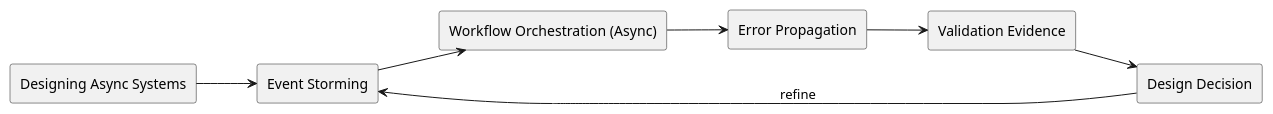
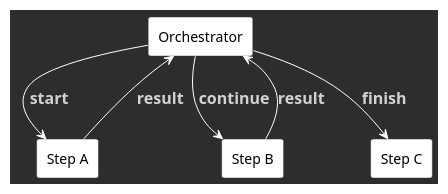
One commit to madajaju/CS5254 changed the third of 9 diagrams in doc/lectures/week9/async_design/README.slides.adoc. Above: the diagram before and after it, drawn with PlantUML. The commit also changed other lines of this file and 20 other files, not shown here.

```diff
--- a/doc/lectures/week9/async_design/README.slides.adoc
+++ b/doc/lectures/week9/async_design/README.slides.adoc
@@ -78,22 +102,37 @@
-[plantuml, target=system_architecture, format=svg, width=80%]
+[plantuml,width=100%]
 ----
 @startuml
 skinparam monochrome true
 skinparam shadowing false
-left to right direction
-
-rectangle "Designing Async Systems" as Topic
-rectangle "Event Storming" as A
-rectangle "Workflow Orchestration (Async)" as B
-rectangle "Error Propagation" as C
-rectangle "Validation Evidence" as V
-rectangle "Design Decision" as D
-
-Topic --> A
-A --> B
-B --> C
-C --> V
-V --> D
-D --> A : refine
+skinparam backgroundColor #123456
+skinparam defaultFontColor black
+skinparam ArrowColor white
+skinparam ArrowFontColor #ffd166
+skinparam ArrowFontStyle bold
+skinparam ArrowFontSize 16
+skinparam rectangle {
+  BackgroundColor white
+  BorderColor #123456
+  FontColor black
+}
+skinparam participant {
+  BackgroundColor white
+  BorderColor #123456
+  FontColor black
+  LifeLineBorderColor white
+  LifeLineBackgroundColor white
+  ParticipantBorderColor #123456
+  ParticipantBackgroundColor white
+  ParticipantFontColor black
+}
+rectangle "Orchestrator" as O
+rectangle "Step A" as A
+rectangle "Step B" as B
+rectangle "Step C" as C
+O --> A : start
+A --> O : result
+O --> B : continue
+B --> O : result
+O --> C : finish
 @enduml
 ----
```
